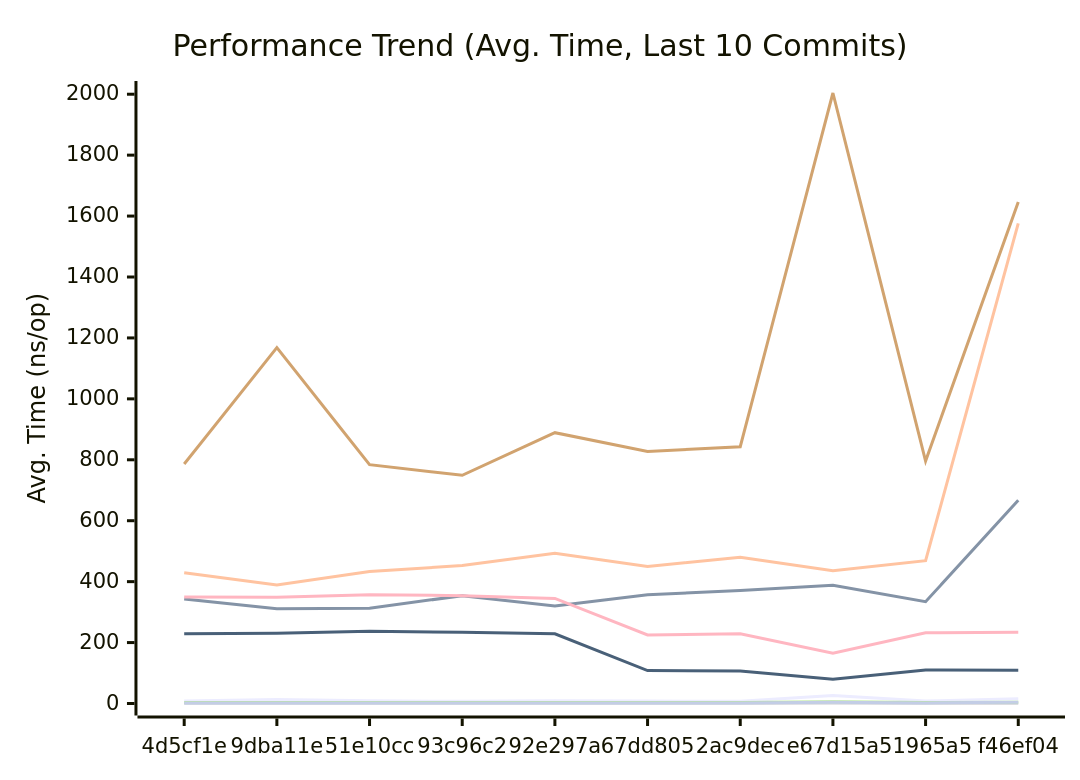
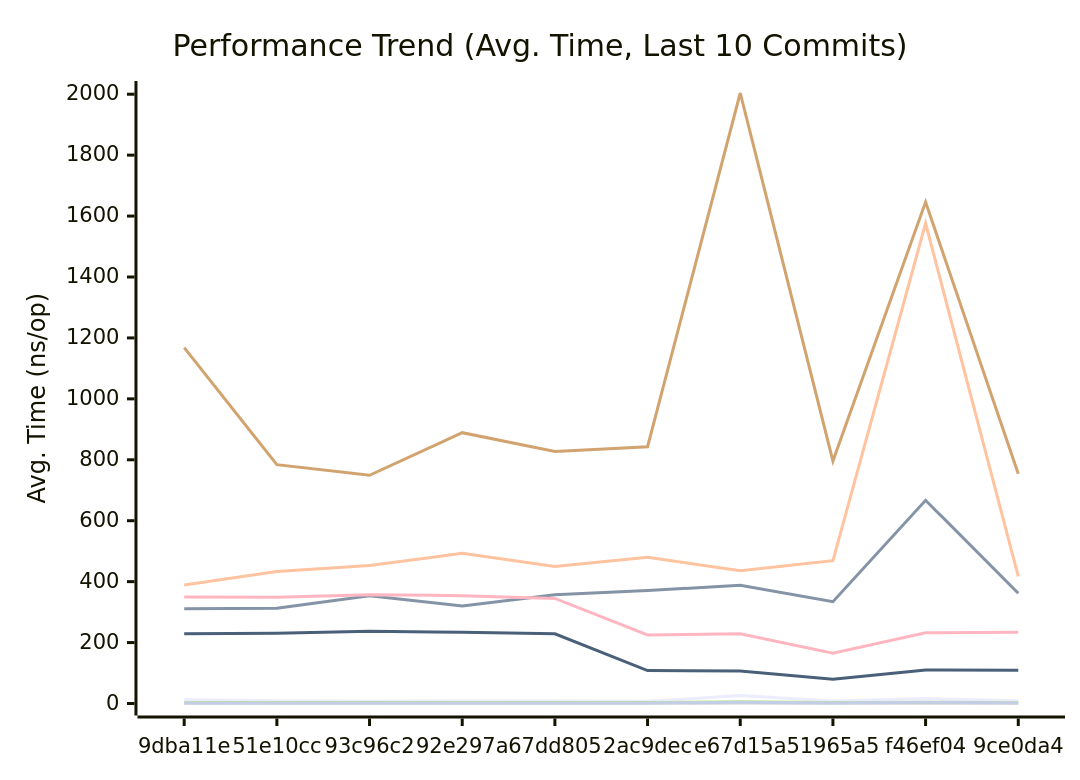
One commit to alsotoes/momo changed the first of 3 diagrams in docs/PERFORMANCE.md. Above: the diagram before and after it, drawn with Mermaid. The commit also changed other lines of this file and 2 other files, not shown here.

````diff
--- a/docs/PERFORMANCE.md
+++ b/docs/PERFORMANCE.md
@@ -80,16 +80,16 @@
 ```mermaid
 xychart-beta
     title "Performance Trend (Avg. Time, Last 10 Commits)"
     x-axis "Commit"
     y-axis "Avg. Time (ns/op)"
-    x-axis [4d5cf1e,9dba11e,51e10cc,93c96c2,92e297a,67dd805,2ac9dec,e67d15a,51965a5,f46ef04]
-    line "CheckMetricsAndSwap" [8,13,9,7,9,8,7,26,8,16]
-    line "CrushOptimized" [343,311,313,354,320,357,371,388,334,667]
-    line "CrushOriginal" [429,389,433,453,493,450,480,436,469,1576]
-    line "IndexDirectTracking" [0,0,0,0,0,0,0,1,0,0]
-    line "IndexSearch" [3,3,3,3,3,3,3,6,3,4]
-    line "LoadGlobalConfig" [786,1168,784,749,889,827,843,2004,796,1646]
-    line "PadString" [2,2,2,2,2,2,2,4,2,4]
+    x-axis [9dba11e,51e10cc,93c96c2,92e297a,67dd805,2ac9dec,e67d15a,51965a5,f46ef04,9ce0da4]
+    line "CheckMetricsAndSwap" [13,9,7,9,8,7,26,8,16,9]
+    line "CrushOptimized" [311,313,354,320,357,371,388,334,667,362]
+    line "CrushOriginal" [389,433,453,493,450,480,436,469,1576,417]
+    line "IndexDirectTracking" [0,0,0,0,0,0,1,0,0,0]
+    line "IndexSearch" [3,3,3,3,3,3,6,3,4,3]
+    line "LoadGlobalConfig" [1168,784,749,889,827,843,2004,796,1646,754]
+    line "PadString" [2,2,2,2,2,2,4,2,4,2]
     line "ParseReplicationOrder_NoPrealloc" [350,349,357,354,345,225,229,165,232,234]
     line "ParseReplicationOrder_Prealloc" [229,231,237,234,229,108,107,80,110,109]
 ```
````
